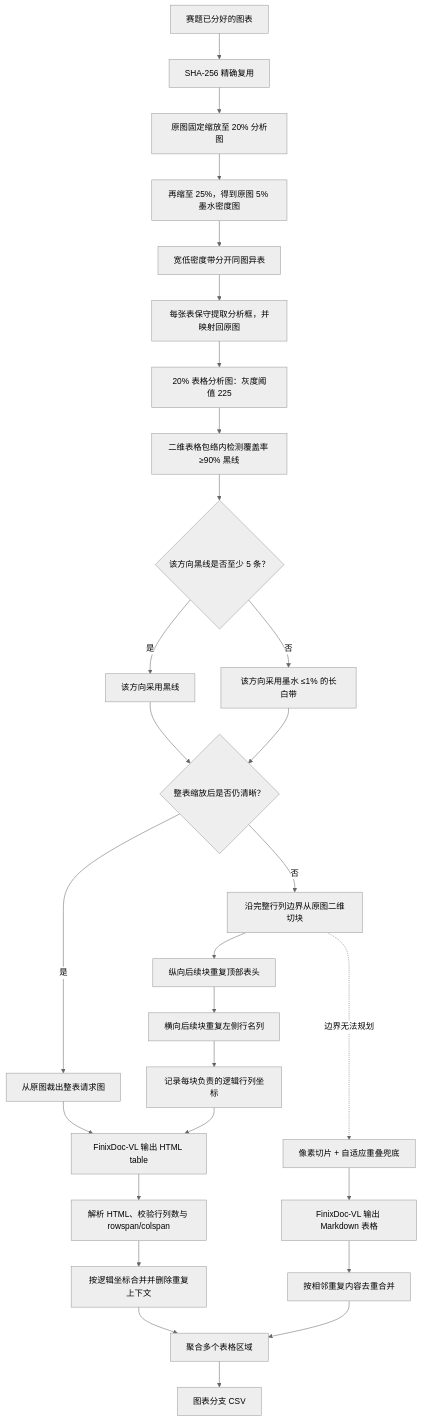
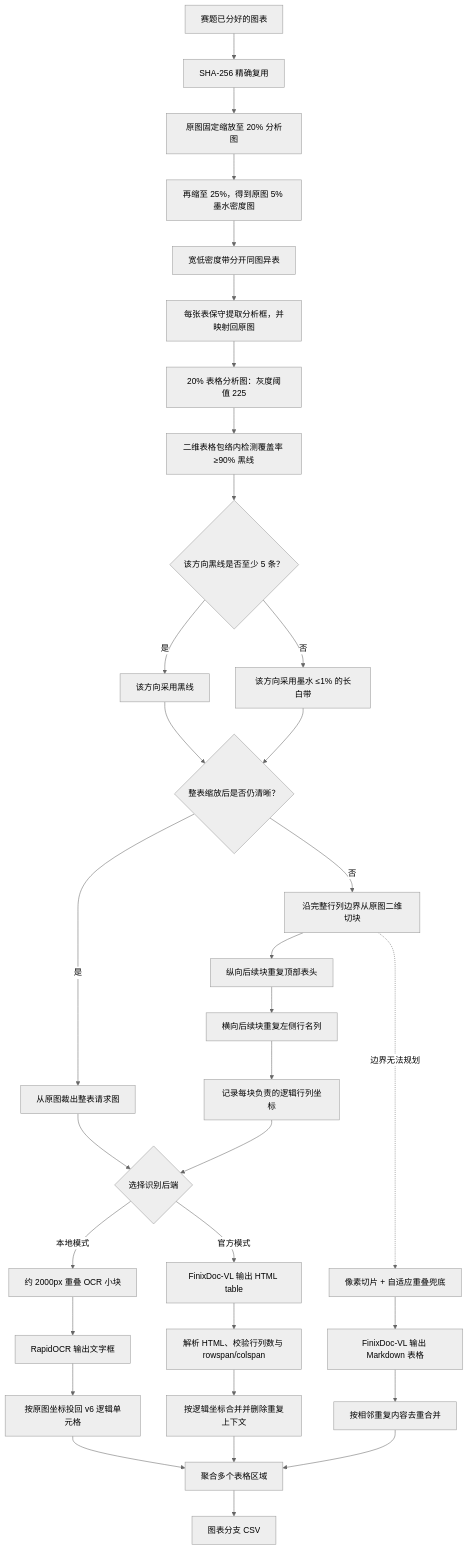
Before and after one commit to AAAXXS-0/CAFA6202: the diagram in afac_pipeline/table/README.md, drawn with Mermaid (neutral theme). The commit also changed other lines of this file and 14 other files, not shown here.

````diff
--- a/afac_pipeline/table/README.md
+++ b/afac_pipeline/table/README.md
@@ -6,31 +6,36 @@
 ```mermaid
 flowchart TD
     A["赛题已分好的图表"] --> B["SHA-256 精确复用"]
     B --> C["原图固定缩放至 20% 分析图"]
     C --> D["再缩至 25%，得到原图 5% 墨水密度图"]
     D --> E["宽低密度带分开同图异表"]
     E --> F["每张表保守提取分析框，并映射回原图"]
     F --> G["20% 表格分析图：灰度阈值 225"]
     G --> H["二维表格包络内检测覆盖率 ≥90% 黑线"]
     H --> V{"该方向黑线是否至少 5 条？"}
     V -- "是" --> I["该方向采用黑线"]
     V -- "否" --> W["该方向采用墨水 ≤1% 的长白带"]
     I --> X{"整表缩放后是否仍清晰？"}
     W --> X
     X -- "是" --> Y["从原图裁出整表请求图"]
     X -- "否" --> J["沿完整行列边界从原图二维切块"]
     J --> K["纵向后续块重复顶部表头"]
     J -. "边界无法规划" .-> N
     K --> L["横向后续块重复左侧行名列"]
     L --> M["记录每块负责的逻辑行列坐标"]
     N["像素切片 + 自适应重叠兜底"]
-    Y --> O["FinixDoc-VL 输出 HTML table"]
-    M --> O
+    Y --> Z{"选择识别后端"}
+    M --> Z
+    Z -- "官方模式" --> O["FinixDoc-VL 输出 HTML table"]
+    Z -- "本地模式" --> LO["约 2000px 重叠 OCR 小块"]
+    LO --> LC["RapidOCR 输出文字框"]
+    LC --> LD["按原图坐标投回 v6 逻辑单元格"]
+    LD --> T
     N --> P["FinixDoc-VL 输出 Markdown 表格"]
     O --> Q["解析 HTML、校验行列数与 rowspan/colspan"]
     Q --> R["按逻辑坐标合并并删除重复上下文"]
     P --> S["按相邻重复内容去重合并"]
     R --> T["聚合多个表格区域"]
     S --> T
     T --> U["图表分支 CSV"]
 ```
````
